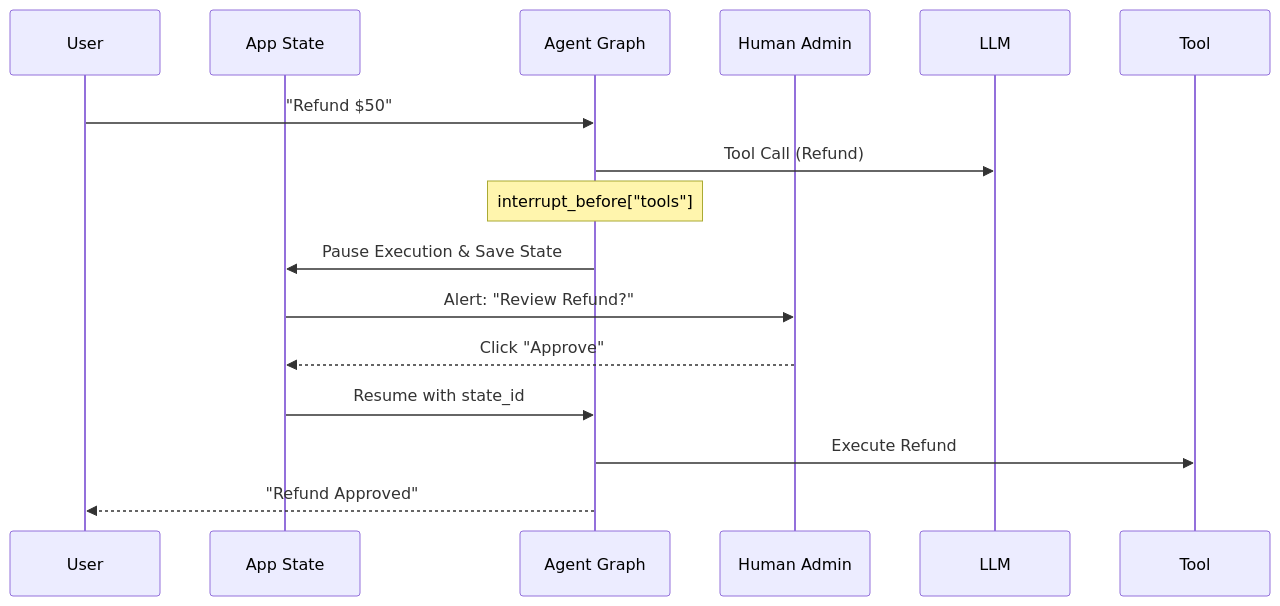
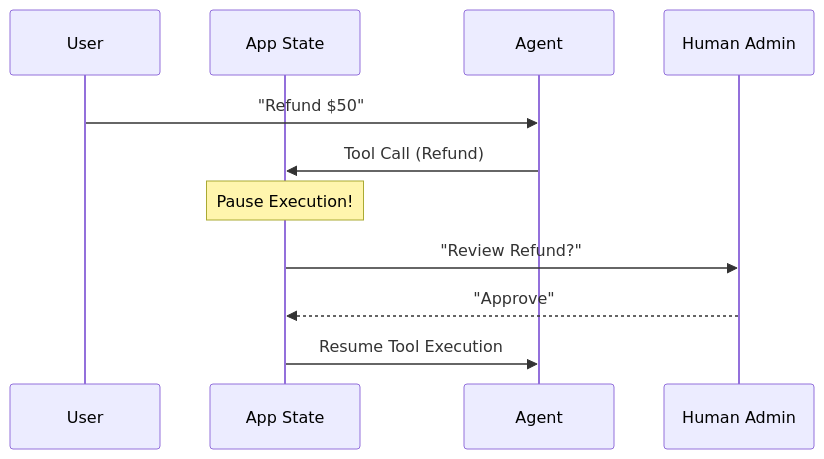
Before and after one commit to dnpunjabi/adk-langchain-journey: the seventh of 7 diagrams in CONCEPTS_README.md, drawn with Mermaid. The commit also changed other lines of this file and 65 other files, not shown here.

````diff
--- a/CONCEPTS_README.md
+++ b/CONCEPTS_README.md
@@ -307,17 +423,14 @@
 ```mermaid
 sequenceDiagram
     participant User
     participant App as App State
-    participant Graph as Agent Graph
+    participant Agent
     participant Admin as Human Admin
 
-    User->>Graph: "Refund $50"
-    Graph->>LLM: Tool Call (Refund)
-    Note over Graph: interrupt_before["tools"]
-    Graph->>App: Pause Execution & Save State
-    App->>Admin: Alert: "Review Refund?"
-    Admin-->>App: Click "Approve"
-    App->>Graph: Resume with state_id
-    Graph->>Tool: Execute Refund
-    Graph-->>User: "Refund Approved"
+    User->>Agent: "Refund $50"
+    Agent->>App: Tool Call (Refund)
+    Note over App: Pause Execution!
+    App->>Admin: "Review Refund?"
+    Admin-->>App: "Approve"
+    App->>Agent: Resume Tool Execution
 ```
````
